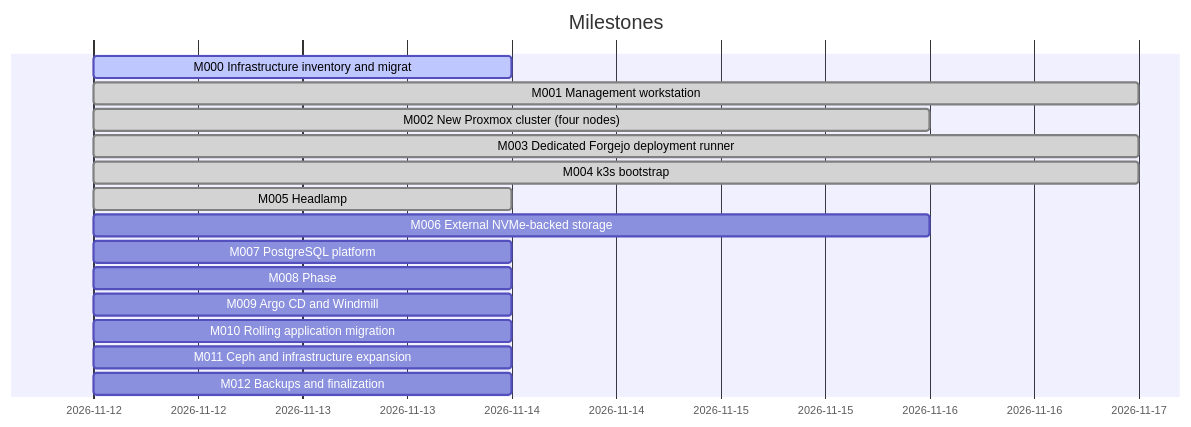
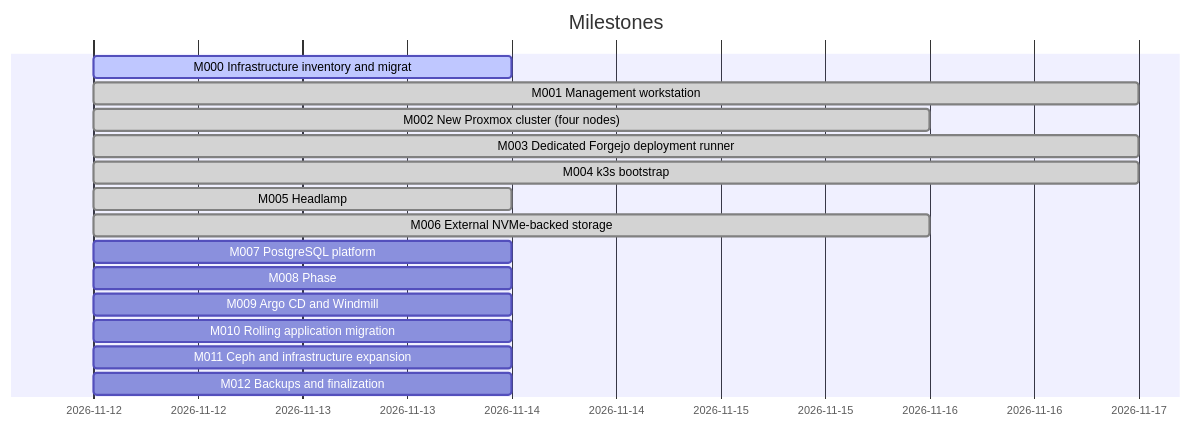
Before and after one commit to doku-code/homelab-iac: the diagram in docs/dashboard.md, drawn with Mermaid. The commit also changed other lines of this file and 26 other files, not shown here.

First line of the commit message:
feat(storage): shared NFS storage VM and nvme-shared class for user data (TASK-017)

````diff
--- a/docs/dashboard.md
+++ b/docs/dashboard.md
@@ -35,18 +35,18 @@
 ```mermaid
 gantt
     dateFormat YYYY-MM-DD
     title Milestones
     M000 Infrastructure inventory and migrat :active, m000, 2026-11-12, 2026-11-14
     M001 Management workstation :done, m001, 2026-11-12, 2026-11-17
     M002 New Proxmox cluster (four nodes) :done, m002, 2026-11-12, 2026-11-16
     M003 Dedicated Forgejo deployment runner :done, m003, 2026-11-12, 2026-11-17
     M004 k3s bootstrap :done, m004, 2026-11-12, 2026-11-17
     M005 Headlamp :done, m005, 2026-11-12, 2026-11-14
-    M006 External NVMe-backed storage :m006, 2026-11-12, 2026-11-16
+    M006 External NVMe-backed storage :done, m006, 2026-11-12, 2026-11-16
     M007 PostgreSQL platform :m007, 2026-11-12, 2026-11-14
     M008 Phase :m008, 2026-11-12, 2026-11-14
     M009 Argo CD and Windmill :m009, 2026-11-12, 2026-11-14
     M010 Rolling application migration :m010, 2026-11-12, 2026-11-14
     M011 Ceph and infrastructure expansion :m011, 2026-11-12, 2026-11-14
     M012 Backups and finalization :m012, 2026-11-12, 2026-11-14
 ```
````
